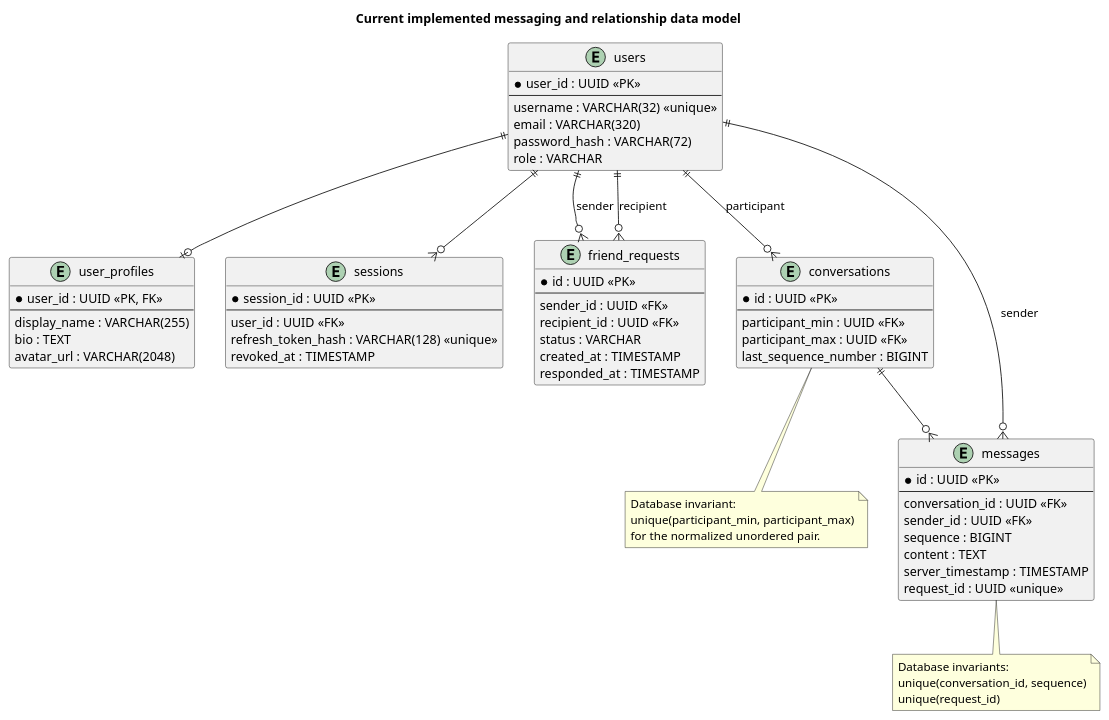
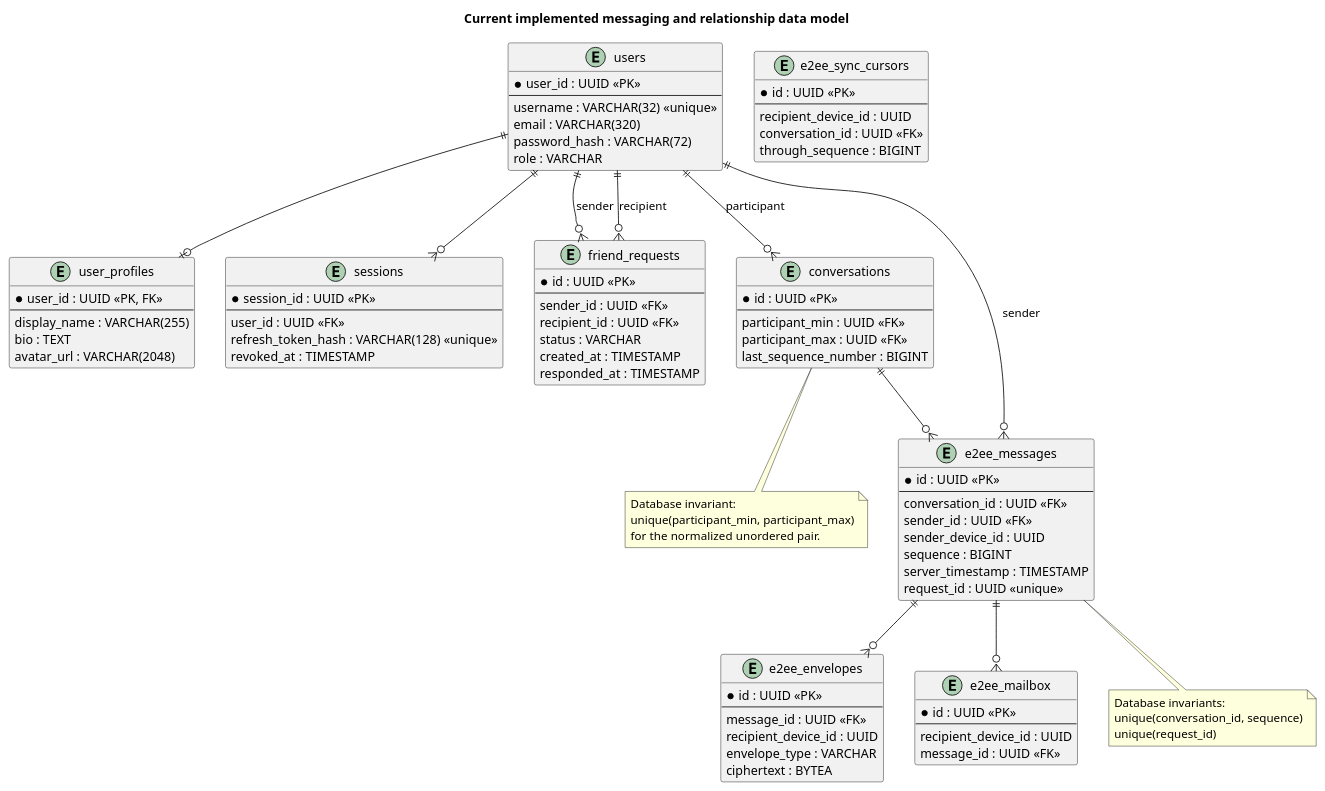
One commit to animesh0404/samvaad-server changed the diagram in docs/architecture/diagrams/current-data-model.puml. Above: the diagram before and after it, drawn with PlantUML. The commit also changed 17 other files, not shown here.

Commit message:
docs: reconcile current E2EE messaging architecture

```diff
--- a/docs/architecture/diagrams/current-data-model.puml
+++ b/docs/architecture/diagrams/current-data-model.puml
@@ -1,77 +1,103 @@
 @startuml
 title Current implemented messaging and relationship data model
 
 entity users {
   * user_id : UUID <<PK>>
   --
   username : VARCHAR(32) <<unique>>
   email : VARCHAR(320)
   password_hash : VARCHAR(72)
   role : VARCHAR
 }
 
 entity user_profiles {
   * user_id : UUID <<PK, FK>>
   --
   display_name : VARCHAR(255)
   bio : TEXT
   avatar_url : VARCHAR(2048)
 }
 
 entity sessions {
   * session_id : UUID <<PK>>
   --
   user_id : UUID <<FK>>
   refresh_token_hash : VARCHAR(128) <<unique>>
   revoked_at : TIMESTAMP
 }
 
 entity friend_requests {
   * id : UUID <<PK>>
   --
   sender_id : UUID <<FK>>
   recipient_id : UUID <<FK>>
   status : VARCHAR
   created_at : TIMESTAMP
   responded_at : TIMESTAMP
 }
 
 entity conversations {
   * id : UUID <<PK>>
   --
   participant_min : UUID <<FK>>
   participant_max : UUID <<FK>>
   last_sequence_number : BIGINT
 }
 
-entity messages {
+entity e2ee_messages {
   * id : UUID <<PK>>
   --
   conversation_id : UUID <<FK>>
   sender_id : UUID <<FK>>
+  sender_device_id : UUID
   sequence : BIGINT
-  content : TEXT
   server_timestamp : TIMESTAMP
   request_id : UUID <<unique>>
+}
+
+entity e2ee_envelopes {
+  * id : UUID <<PK>>
+  --
+  message_id : UUID <<FK>>
+  recipient_device_id : UUID
+  envelope_type : VARCHAR
+  ciphertext : BYTEA
+}
+
+entity e2ee_mailbox {
+  * id : UUID <<PK>>
+  --
+  recipient_device_id : UUID
+  message_id : UUID <<FK>>
+}
+
+entity e2ee_sync_cursors {
+  * id : UUID <<PK>>
+  --
+  recipient_device_id : UUID
+  conversation_id : UUID <<FK>>
+  through_sequence : BIGINT
 }
 
 users ||--o| user_profiles
 users ||--o{ sessions
 users ||--o{ friend_requests : sender
 users ||--o{ friend_requests : recipient
 users ||--o{ conversations : participant
-users ||--o{ messages : sender
-conversations ||--o{ messages
+users ||--o{ e2ee_messages : sender
+conversations ||--o{ e2ee_messages
+e2ee_messages ||--o{ e2ee_envelopes
+e2ee_messages ||--o{ e2ee_mailbox
 
 note bottom of conversations
 Database invariant:
 unique(participant_min, participant_max)
 for the normalized unordered pair.
 end note
 
-note bottom of messages
+note bottom of e2ee_messages
 Database invariants:
 unique(conversation_id, sequence)
 unique(request_id)
 end note
 @enduml
```
